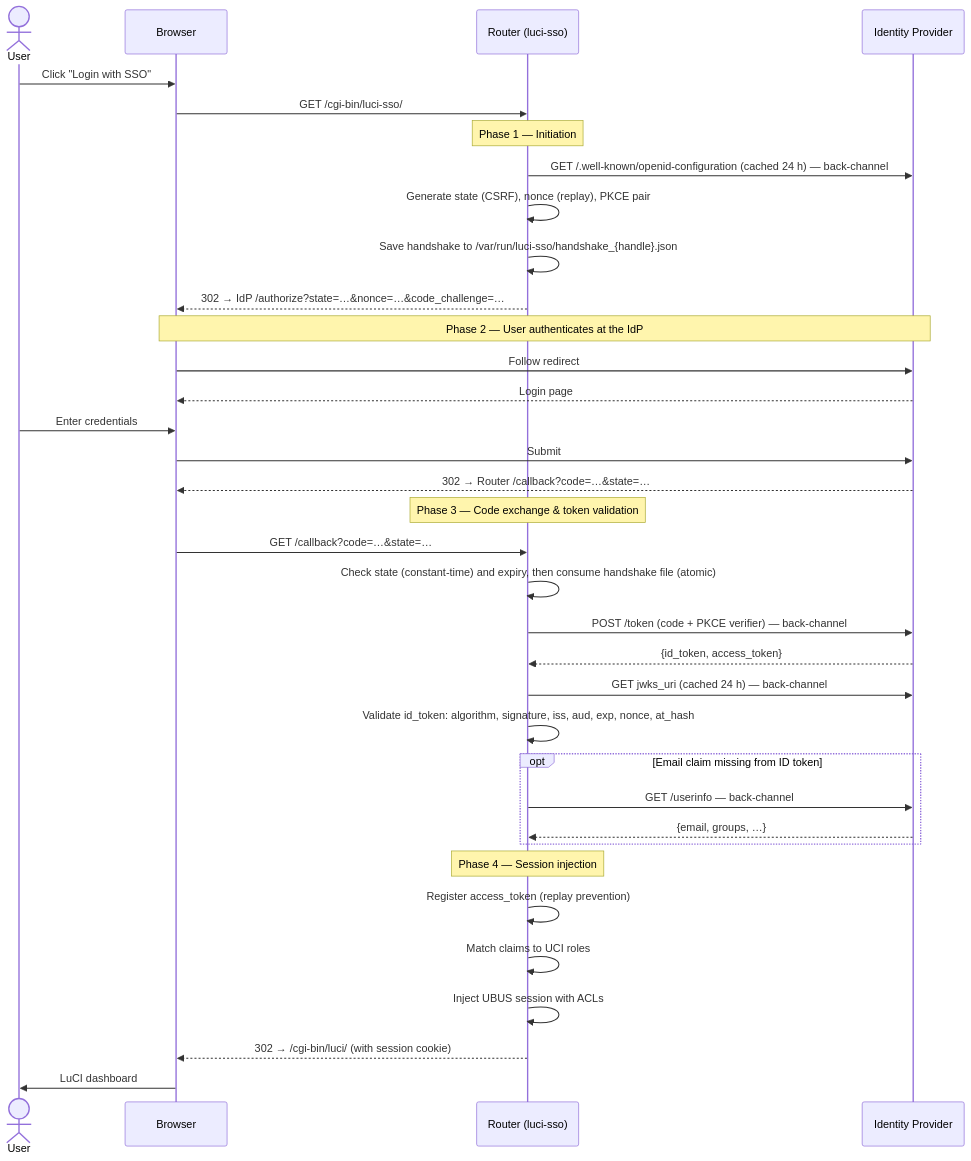
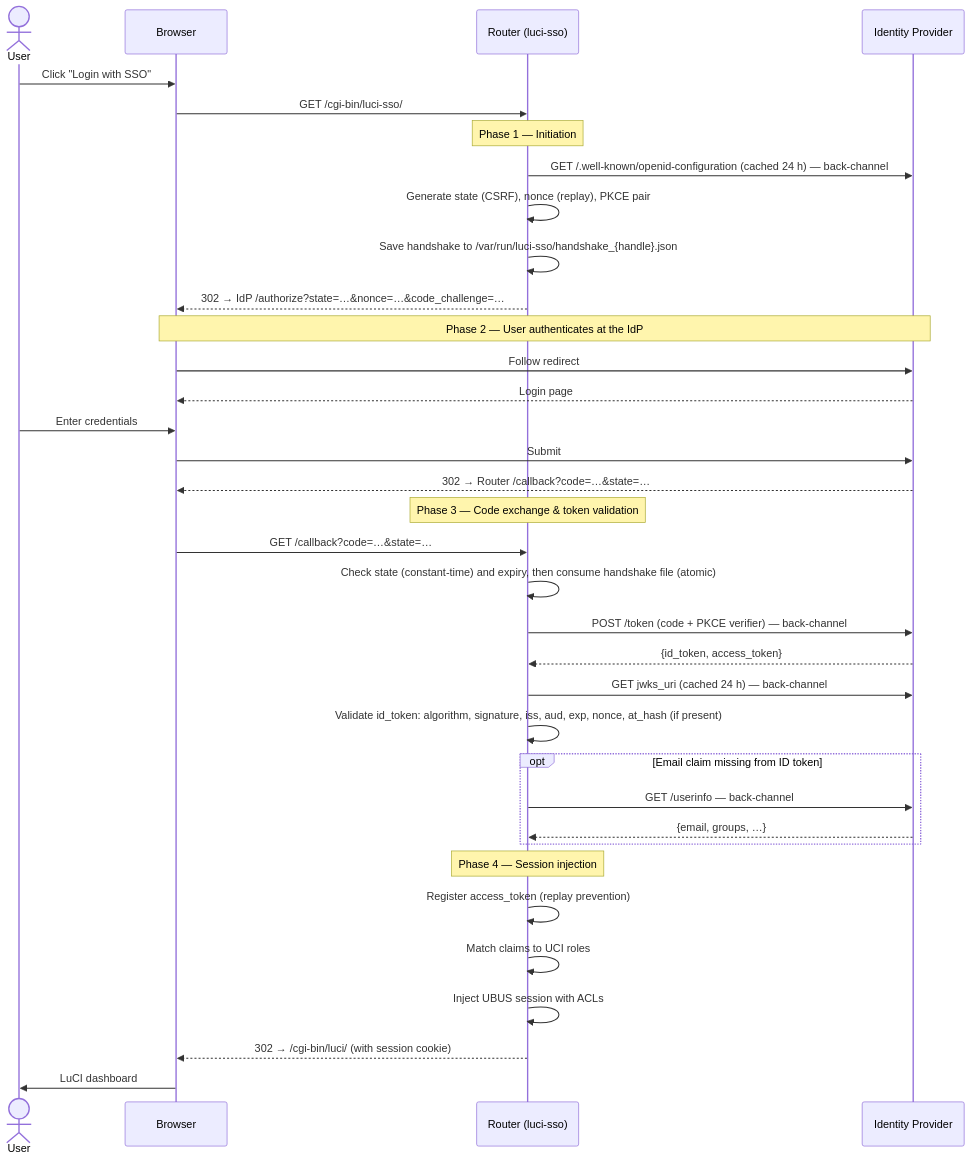
Before and after one commit to m00qek/luci-sso: the diagram in docs/explanation/oidc-flow.md, drawn with Mermaid. The commit also changed other lines of this file and 9 other files, not shown here.

````diff
--- a/docs/explanation/oidc-flow.md
+++ b/docs/explanation/oidc-flow.md
@@ -9,42 +9,42 @@
 ```mermaid
 sequenceDiagram
     actor User
     participant B as Browser
     participant R as Router (luci-sso)
     participant I as Identity Provider
 
     User->>B: Click "Login with SSO"
     B->>R: GET /cgi-bin/luci-sso/
 
     Note over R: Phase 1 — Initiation
     R->>I: GET /.well-known/openid-configuration (cached 24 h) — back-channel
     R->>R: Generate state (CSRF), nonce (replay), PKCE pair
     R->>R: Save handshake to /var/run/luci-sso/handshake_{handle}.json
     R-->>B: 302 → IdP /authorize?state=…&nonce=…&code_challenge=…
 
     Note over B,I: Phase 2 — User authenticates at the IdP
     B->>I: Follow redirect
     I-->>B: Login page
     User->>B: Enter credentials
     B->>I: Submit
     I-->>B: 302 → Router /callback?code=…&state=…
 
     Note over R: Phase 3 — Code exchange & token validation
     B->>R: GET /callback?code=…&state=…
     R->>R: Check state (constant-time) and expiry, then consume handshake file (atomic)
     R->>I: POST /token (code + PKCE verifier) — back-channel
     I-->>R: {id_token, access_token}
     R->>I: GET jwks_uri (cached 24 h) — back-channel
-    R->>R: Validate id_token: algorithm, signature, iss, aud, exp, nonce, at_hash
+    R->>R: Validate id_token: algorithm, signature, iss, aud, exp, nonce, at_hash (if present)
     opt Email claim missing from ID token
         R->>I: GET /userinfo — back-channel
         I-->>R: {email, groups, …}
     end
 
     Note over R: Phase 4 — Session injection
     R->>R: Register access_token (replay prevention)
     R->>R: Match claims to UCI roles
     R->>R: Inject UBUS session with ACLs
     R-->>B: 302 → /cgi-bin/luci/ (with session cookie)
     B->>User: LuCI dashboard
 ```
````
